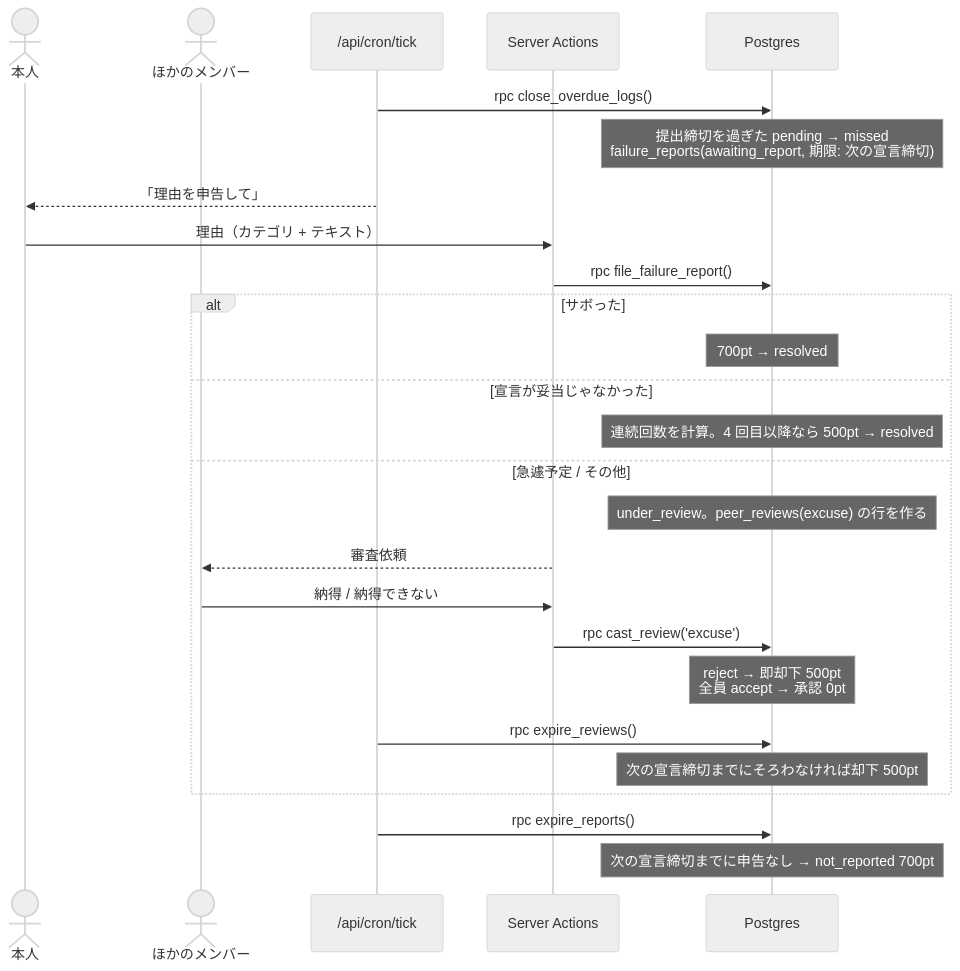
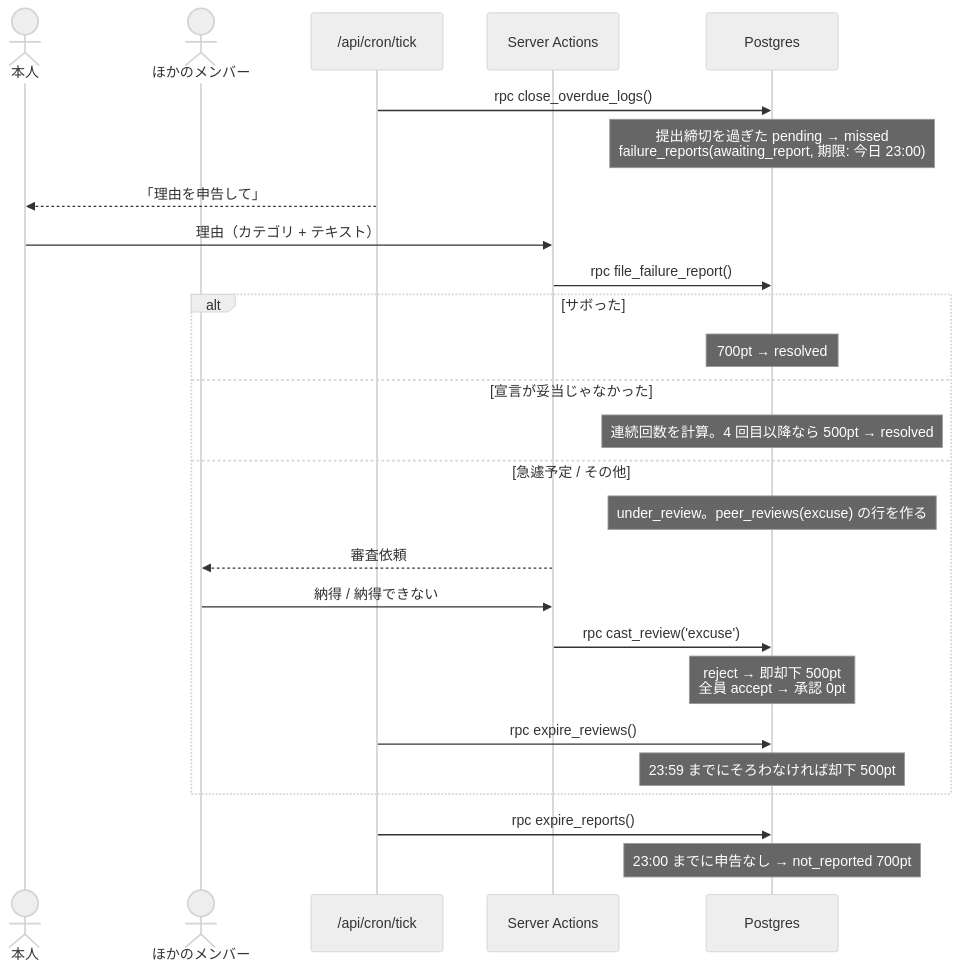
Before and after one commit to ashilal1/force-study-app: the fifth of 6 diagrams in docs/architecture.md, drawn with Mermaid (neutral theme). The commit also changed other lines of this file and 4 other files, not shown here.

````diff
--- a/docs/architecture.md
+++ b/docs/architecture.md
@@ -140,28 +140,28 @@
 ```mermaid
 sequenceDiagram
     actor U as 本人
     actor F as ほかのメンバー
     participant T as /api/cron/tick
     participant SA as Server Actions
     participant DB as Postgres
     T->>DB: rpc close_overdue_logs()
-    Note over DB: 提出締切を過ぎた pending → missed<br/>failure_reports(awaiting_report, 期限: 次の宣言締切)
+    Note over DB: 提出締切を過ぎた pending → missed<br/>failure_reports(awaiting_report, 期限: 今日 23:00)
     T-->>U: 「理由を申告して」
     U->>SA: 理由（カテゴリ + テキスト）
     SA->>DB: rpc file_failure_report()
     alt サボった
         Note over DB: 700pt → resolved
     else 宣言が妥当じゃなかった
         Note over DB: 連続回数を計算。4 回目以降なら 500pt → resolved
     else 急遽予定 / その他
         Note over DB: under_review。peer_reviews(excuse) の行を作る
         SA-->>F: 審査依頼
         F->>SA: 納得 / 納得できない
         SA->>DB: rpc cast_review('excuse')
         Note over DB: reject → 即却下 500pt<br/>全員 accept → 承認 0pt
         T->>DB: rpc expire_reviews()
-        Note over DB: 次の宣言締切までにそろわなければ却下 500pt
+        Note over DB: 23:59 までにそろわなければ却下 500pt
     end
     T->>DB: rpc expire_reports()
-    Note over DB: 次の宣言締切までに申告なし → not_reported 700pt
+    Note over DB: 23:00 までに申告なし → not_reported 700pt
 ```
````
